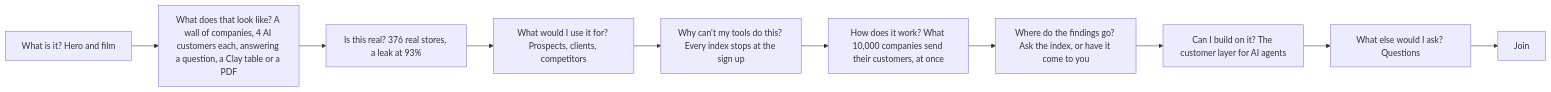
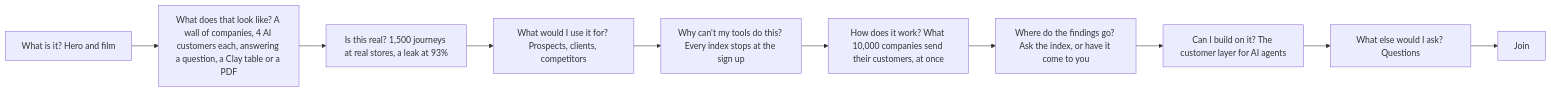
One commit to UseObsession/homepage changed the second of 2 diagrams in COPY.md. Above: the diagram before and after it, drawn with Mermaid. The commit also changed other lines of this file and 4 other files, not shown here.

First line of the commit message:
Hide the store count: lead with 1,500 journeys at real stores

````diff
--- a/COPY.md
+++ b/COPY.md
@@ -163,11 +163,11 @@
 ```mermaid
 flowchart LR
   a["What is it? Hero and film"] --> l["What does that look like? A wall of companies, 4 AI customers each, answering a question, a Clay table or a PDF"]
-  l --> b["Is this real? 376 real stores, a leak at 93%"]
+  l --> b["Is this real? 1,500 journeys at real stores, a leak at 93%"]
   b --> e["What would I use it for? Prospects, clients, competitors"]
   e --> d["Why can't my tools do this? Every index stops at the sign up"]
   d --> c["How does it work? What 10,000 companies send their customers, at once"]
   c --> c2["Where do the findings go? Ask the index, or have it come to you"]
   c2 --> o["Can I build on it? The customer layer for AI agents"]
   o --> j["What else would I ask? Questions"] --> k["Join"]
 ```
````
